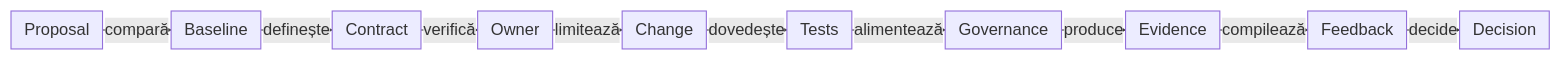
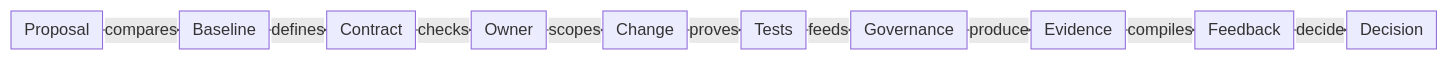
The first of 5 diagrams in docs/ATF_AI_Evaluation_Design.md (crististefanita/atf_j1), drawn with Mermaid before and after one commit. The commit also changed other lines of this file and 83 other files, not shown here.

````diff
--- a/docs/ATF_AI_Evaluation_Design.md
+++ b/docs/ATF_AI_Evaluation_Design.md
@@ -885,13 +881,13 @@
 ```mermaid
 %%{init: {"themeVariables":{"fontSize":"15px"},"themeCSS":".nodeLabel, .nodeLabel p { font-size: 15px !important; line-height: 1.35 !important; } .edgeLabel, .edgeLabel p { font-size: 12px !important; font-weight: 400 !important; line-height: 1.2 !important; } .edgeLabel .labelBkg, .edgeLabel p { background: transparent !important; } .edgeLabel foreignObject { transform: translateY(-18px); overflow: visible; } .node rect { rx: 6px; ry: 6px; }","flowchart":{"curve":"linear","nodeSpacing":24,"rankSpacing":4,"padding":6,"diagramPadding":20}}}%%
 flowchart LR
-    Agent["Proposal"] -->|compară| Baseline["Baseline"]
-    Baseline -->|definește| Contract["Contract"]
-    Contract -->|verifică| Owner["Owner"]
-    Owner -->|limitează| Implement["Change"]
-    Implement -->|dovedește| Unit["Tests"]
-    Unit -->|alimentează| Governance["Governance"]
+    Agent["Proposal"] -->|compares| Baseline["Baseline"]
+    Baseline -->|defines| Contract["Contract"]
+    Contract -->|checks| Owner["Owner"]
+    Owner -->|scopes| Implement["Change"]
+    Implement -->|proves| Unit["Tests"]
+    Unit -->|feeds| Governance["Governance"]
     Governance -->|produce| Artifact["Evidence"]
-    Artifact -->|compilează| Handoff["Feedback"]
+    Artifact -->|compiles| Handoff["Feedback"]
     Handoff -->|decide| Next["Decision"]
 ```
````
